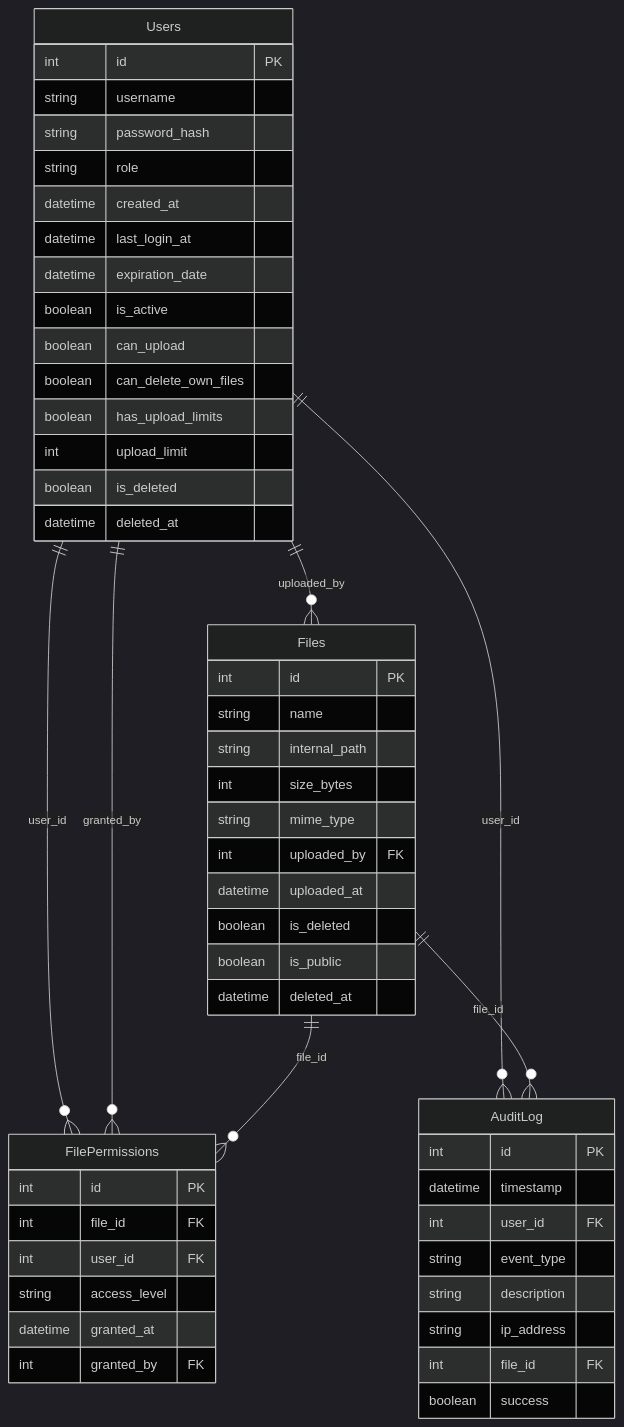
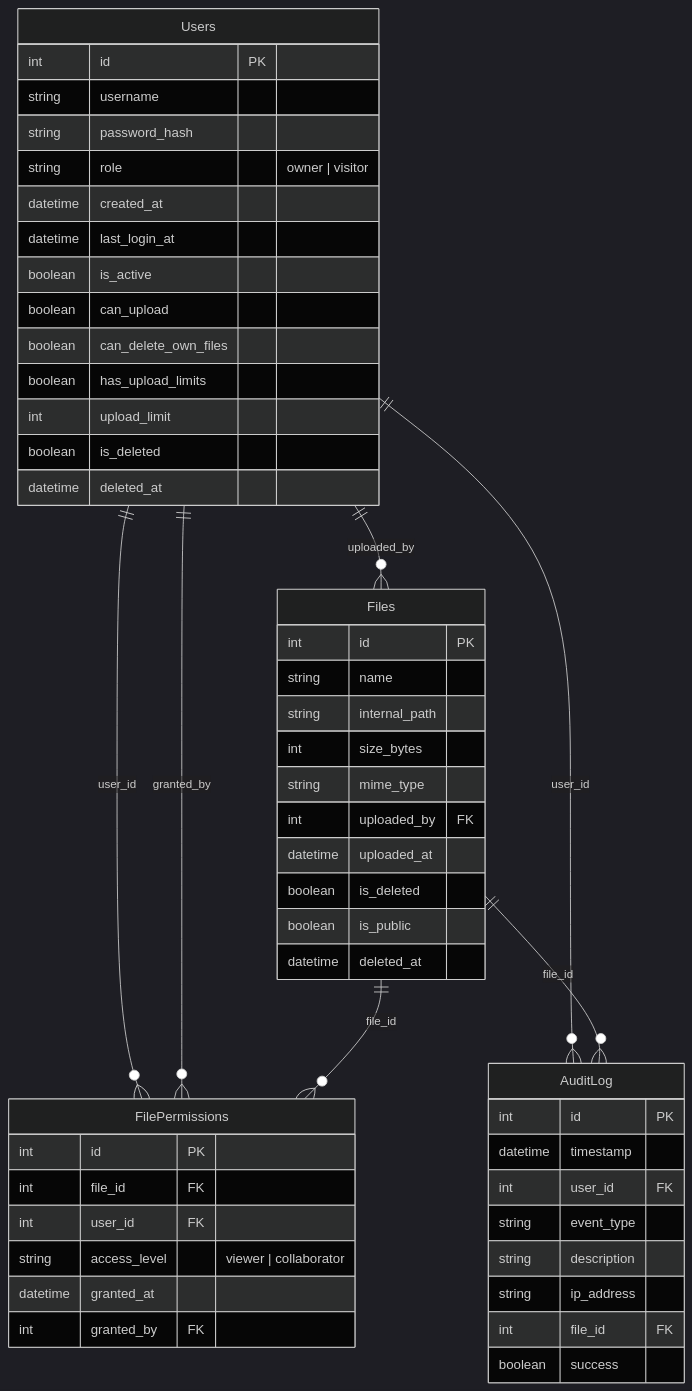
Before and after one commit to ImMau14/Folderlan: the diagram in backend/diagram.mmd, drawn with Mermaid (dark theme). The commit also changed 8 other files, not shown here.

```diff
--- a/backend/diagram.mmd
+++ b/backend/diagram.mmd
@@ -1,57 +1,56 @@
 erDiagram
     Users {
         int id PK
         string username
         string password_hash
-        string role
+        string role "owner | visitor"
         datetime created_at
         datetime last_login_at
-        datetime expiration_date
         boolean is_active
         boolean can_upload
         boolean can_delete_own_files
         boolean has_upload_limits
         int upload_limit
         boolean is_deleted
         datetime deleted_at
     }
 
     Files {
         int id PK
         string name
         string internal_path
         int size_bytes
         string mime_type
         int uploaded_by FK
         datetime uploaded_at
         boolean is_deleted
         boolean is_public
         datetime deleted_at
     }
 
     FilePermissions {
         int id PK
         int file_id FK
         int user_id FK
-        string access_level
+        string access_level "viewer | collaborator"
         datetime granted_at
         int granted_by FK
     }
 
     AuditLog {
         int id PK
         datetime timestamp
         int user_id FK
         string event_type
         string description
         string ip_address
         int file_id FK
         boolean success
     }
-    
+
     Users ||--o{ Files : uploaded_by
     Users ||--o{ FilePermissions : user_id
     Users ||--o{ FilePermissions : granted_by
     Users ||--o{ AuditLog : user_id
     Files ||--o{ FilePermissions : file_id
     Files ||--o{ AuditLog : file_id
```
